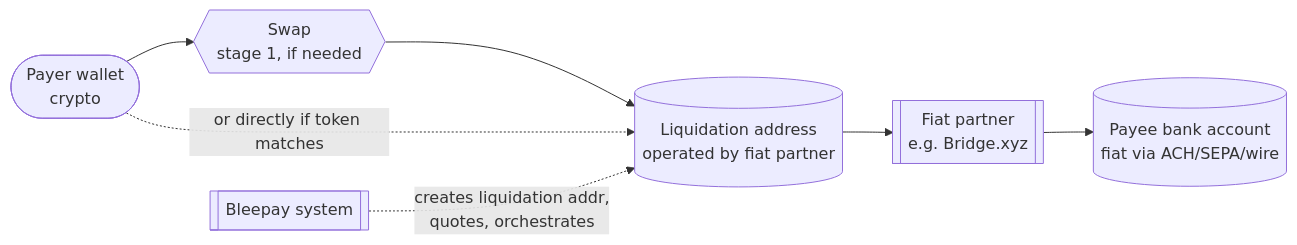
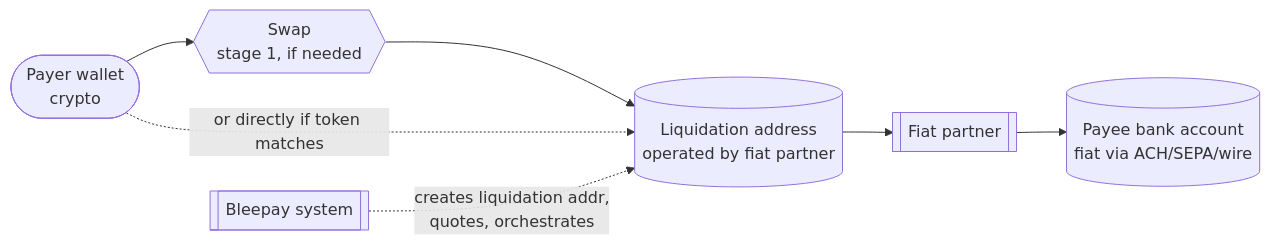
Before and after one commit to quiet-stack-team/mintlify-starter: the fourth of 4 diagrams in home/architecture/payment-flows.mdx, drawn with Mermaid. The commit also changed other lines of this file and 1 other file, not shown here.

````diff
--- a/home/architecture/payment-flows.mdx
+++ b/home/architecture/payment-flows.mdx
@@ -90,9 +90,9 @@
 ```mermaid
 flowchart LR
     Payer([Payer wallet<br/>crypto]) --> Swap{{Swap<br/>stage 1, if needed}}
     Swap --> Liq[(Liquidation address<br/>operated by fiat partner)]
     Payer -. "or directly if token matches" .-> Liq
-    Liq --> Partner[[Fiat partner<br/>e.g. Bridge.xyz]]
+    Liq --> Partner[[Fiat partner]]
     Partner --> Bank[(Payee bank account<br/>fiat via ACH/SEPA/wire)]
     Bleepay[[Bleepay system]] -. "creates liquidation addr,<br/>quotes, orchestrates" .-> Liq
 ```
````
